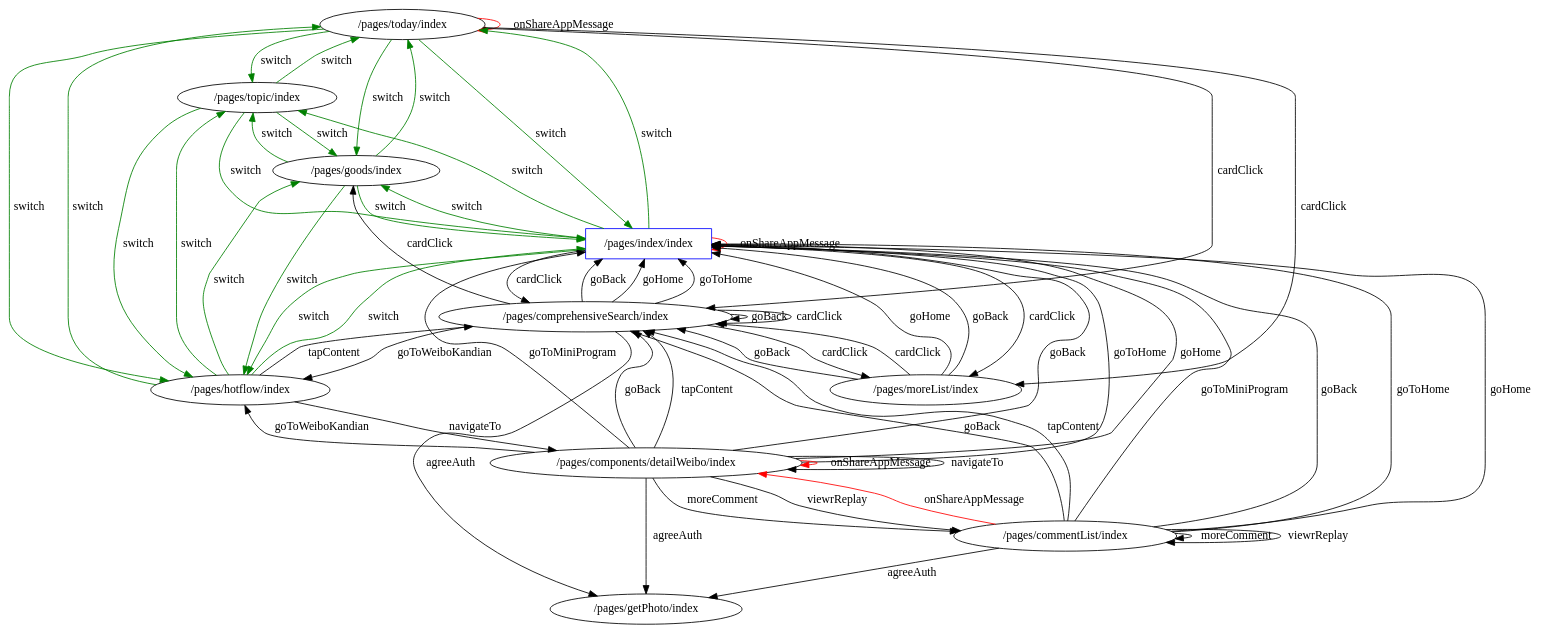
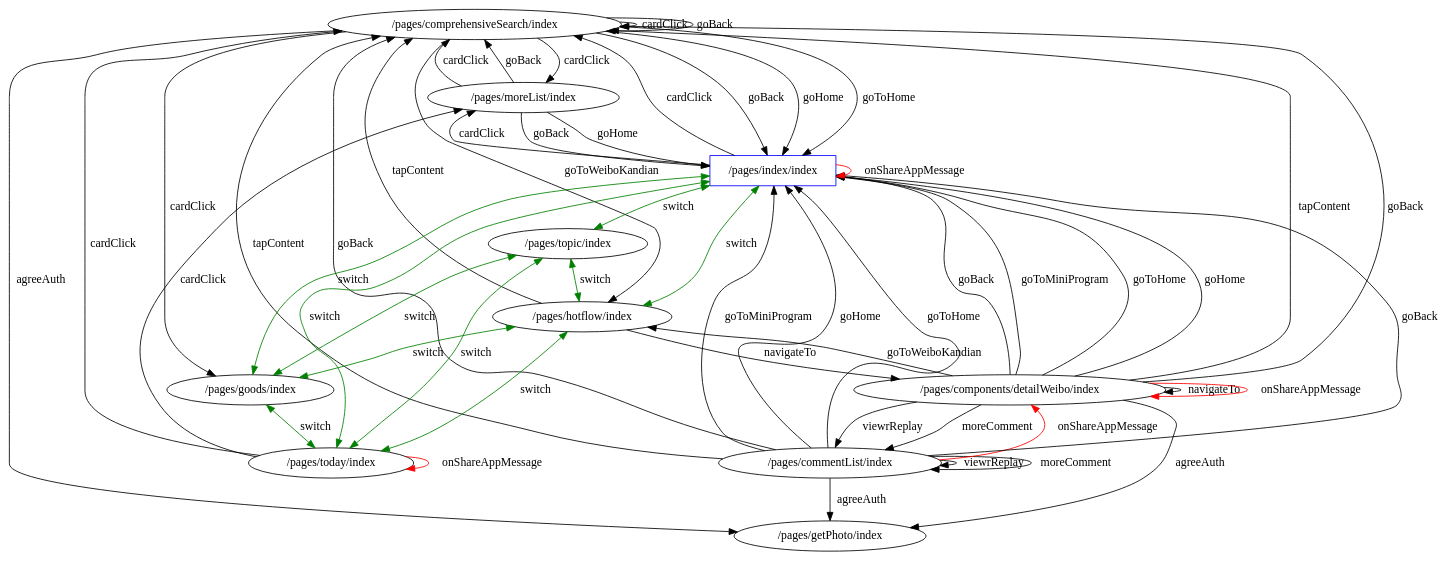
The diagram in graph/wb-table.gv (ppproxy/app-in-app-analysis), drawn with Graphviz before and after one commit. The commit also changed 9 other files, not shown here.

```diff
--- a/graph/wb-table.gv
+++ b/graph/wb-table.gv
@@ -1,76 +1,66 @@
 // UI State Transfer Diagram
 digraph {
+	"/pages/comprehensiveSearch/index" [label="/pages/comprehensiveSearch/index"]
+	"/pages/moreList/index" [label="/pages/moreList/index"]
+	"/pages/commentList/index" [label="/pages/commentList/index"]
+	"/pages/hotflow/index" [label="/pages/hotflow/index"]
+	"/pages/getPhoto/index" [label="/pages/getPhoto/index"]
+	"/pages/topic/index" [label="/pages/topic/index"]
+	"/pages/components/detailWeibo/index" [label="/pages/components/detailWeibo/index"]
+	"/pages/goods/index" [label="/pages/goods/index"]
 	"/pages/today/index" [label="/pages/today/index"]
-	"/pages/commentList/index" [label="/pages/commentList/index"]
-	"/pages/topic/index" [label="/pages/topic/index"]
-	"/pages/hotflow/index" [label="/pages/hotflow/index"]
 	"/pages/index/index" [label="/pages/index/index" color=blue shape=rectangle]
-	"/pages/moreList/index" [label="/pages/moreList/index"]
-	"/pages/getPhoto/index" [label="/pages/getPhoto/index"]
-	"/pages/comprehensiveSearch/index" [label="/pages/comprehensiveSearch/index"]
-	"/pages/goods/index" [label="/pages/goods/index"]
-	"/pages/components/detailWeibo/index" [label="/pages/components/detailWeibo/index"]
-	"/pages/index/index" -> "/pages/topic/index" [label=switch color=green]
-	"/pages/index/index" -> "/pages/hotflow/index" [label=switch color=green]
-	"/pages/index/index" -> "/pages/goods/index" [label=switch color=green]
-	"/pages/index/index" -> "/pages/today/index" [label=switch color=green]
-	"/pages/topic/index" -> "/pages/index/index" [label=switch color=green]
-	"/pages/topic/index" -> "/pages/hotflow/index" [label=switch color=green]
-	"/pages/topic/index" -> "/pages/goods/index" [label=switch color=green]
-	"/pages/topic/index" -> "/pages/today/index" [label=switch color=green]
-	"/pages/hotflow/index" -> "/pages/index/index" [label=switch color=green]
-	"/pages/hotflow/index" -> "/pages/topic/index" [label=switch color=green]
-	"/pages/hotflow/index" -> "/pages/goods/index" [label=switch color=green]
-	"/pages/hotflow/index" -> "/pages/today/index" [label=switch color=green]
-	"/pages/goods/index" -> "/pages/index/index" [label=switch color=green]
-	"/pages/goods/index" -> "/pages/topic/index" [label=switch color=green]
-	"/pages/goods/index" -> "/pages/hotflow/index" [label=switch color=green]
-	"/pages/goods/index" -> "/pages/today/index" [label=switch color=green]
-	"/pages/today/index" -> "/pages/index/index" [label=switch color=green]
-	"/pages/today/index" -> "/pages/topic/index" [label=switch color=green]
-	"/pages/today/index" -> "/pages/hotflow/index" [label=switch color=green]
-	"/pages/today/index" -> "/pages/goods/index" [label=switch color=green]
+	"/pages/index/index" -> "/pages/topic/index" [label=switch color=green dir=both]
+	"/pages/index/index" -> "/pages/hotflow/index" [label=switch color=green dir=both]
+	"/pages/index/index" -> "/pages/goods/index" [label=switch color=green dir=both]
+	"/pages/index/index" -> "/pages/today/index" [label=switch color=green dir=both]
+	"/pages/topic/index" -> "/pages/hotflow/index" [label=switch color=green dir=both]
+	"/pages/topic/index" -> "/pages/goods/index" [label=switch color=green dir=both]
+	"/pages/topic/index" -> "/pages/today/index" [label=switch color=green dir=both]
+	"/pages/hotflow/index" -> "/pages/goods/index" [label=switch color=green dir=both]
+	"/pages/hotflow/index" -> "/pages/today/index" [label=switch color=green dir=both]
+	"/pages/goods/index" -> "/pages/today/index" [label=switch color=green dir=both]
 	"/pages/index/index" -> "/pages/index/index" [label=onShareAppMessage color=red]
+	"/pages/index/index" -> "/pages/comprehensiveSearch/index" [label=cardClick]
 	"/pages/index/index" -> "/pages/moreList/index" [label=cardClick]
-	"/pages/index/index" -> "/pages/comprehensiveSearch/index" [label=cardClick]
+	"/pages/today/index" -> "/pages/comprehensiveSearch/index" [label=cardClick]
 	"/pages/today/index" -> "/pages/today/index" [label=onShareAppMessage color=red]
 	"/pages/today/index" -> "/pages/moreList/index" [label=cardClick]
-	"/pages/today/index" -> "/pages/comprehensiveSearch/index" [label=cardClick]
 	"/pages/hotflow/index" -> "/pages/components/detailWeibo/index" [label=navigateTo]
 	"/pages/hotflow/index" -> "/pages/comprehensiveSearch/index" [label=tapContent]
-	"/pages/comprehensiveSearch/index" -> "/pages/comprehensiveSearch/index" [label=goBack]
-	"/pages/comprehensiveSearch/index" -> "/pages/comprehensiveSearch/index" [label=cardClick]
 	"/pages/comprehensiveSearch/index" -> "/pages/index/index" [label=goBack]
 	"/pages/comprehensiveSearch/index" -> "/pages/index/index" [label=goHome]
+	"/pages/comprehensiveSearch/index" -> "/pages/hotflow/index" [label=goToWeiboKandian]
 	"/pages/comprehensiveSearch/index" -> "/pages/index/index" [label=goToHome]
+	"/pages/comprehensiveSearch/index" -> "/pages/comprehensiveSearch/index" [label=cardClick]
+	"/pages/comprehensiveSearch/index" -> "/pages/comprehensiveSearch/index" [label=goBack]
+	"/pages/comprehensiveSearch/index" -> "/pages/getPhoto/index" [label=agreeAuth]
+	"/pages/comprehensiveSearch/index" -> "/pages/goods/index" [label=cardClick]
 	"/pages/comprehensiveSearch/index" -> "/pages/moreList/index" [label=cardClick]
-	"/pages/comprehensiveSearch/index" -> "/pages/goods/index" [label=cardClick]
-	"/pages/comprehensiveSearch/index" -> "/pages/getPhoto/index" [label=agreeAuth]
-	"/pages/comprehensiveSearch/index" -> "/pages/hotflow/index" [label=goToWeiboKandian]
 	"/pages/components/detailWeibo/index" -> "/pages/index/index" [label=goBack]
+	"/pages/components/detailWeibo/index" -> "/pages/index/index" [label=goToMiniProgram]
 	"/pages/components/detailWeibo/index" -> "/pages/getPhoto/index" [label=agreeAuth]
+	"/pages/components/detailWeibo/index" -> "/pages/components/detailWeibo/index" [label=navigateTo]
 	"/pages/components/detailWeibo/index" -> "/pages/index/index" [label=goToHome]
 	"/pages/components/detailWeibo/index" -> "/pages/components/detailWeibo/index" [label=onShareAppMessage color=red]
-	"/pages/components/detailWeibo/index" -> "/pages/hotflow/index" [label=goToWeiboKandian]
+	"/pages/components/detailWeibo/index" -> "/pages/commentList/index" [label=moreComment]
+	"/pages/components/detailWeibo/index" -> "/pages/comprehensiveSearch/index" [label=goBack]
 	"/pages/components/detailWeibo/index" -> "/pages/commentList/index" [label=viewrReplay]
-	"/pages/components/detailWeibo/index" -> "/pages/comprehensiveSearch/index" [label=goBack]
 	"/pages/components/detailWeibo/index" -> "/pages/comprehensiveSearch/index" [label=tapContent]
 	"/pages/components/detailWeibo/index" -> "/pages/index/index" [label=goHome]
-	"/pages/components/detailWeibo/index" -> "/pages/index/index" [label=goToMiniProgram]
-	"/pages/components/detailWeibo/index" -> "/pages/commentList/index" [label=moreComment]
-	"/pages/components/detailWeibo/index" -> "/pages/components/detailWeibo/index" [label=navigateTo]
+	"/pages/components/detailWeibo/index" -> "/pages/hotflow/index" [label=goToWeiboKandian]
+	"/pages/commentList/index" -> "/pages/index/index" [label=goBack]
+	"/pages/commentList/index" -> "/pages/comprehensiveSearch/index" [label=tapContent]
 	"/pages/commentList/index" -> "/pages/index/index" [label=goToMiniProgram]
+	"/pages/commentList/index" -> "/pages/index/index" [label=goHome]
+	"/pages/commentList/index" -> "/pages/index/index" [label=goToHome]
+	"/pages/commentList/index" -> "/pages/getPhoto/index" [label=agreeAuth]
+	"/pages/commentList/index" -> "/pages/components/detailWeibo/index" [label=onShareAppMessage color=red]
+	"/pages/commentList/index" -> "/pages/commentList/index" [label=viewrReplay]
+	"/pages/commentList/index" -> "/pages/commentList/index" [label=moreComment]
 	"/pages/commentList/index" -> "/pages/comprehensiveSearch/index" [label=goBack]
-	"/pages/commentList/index" -> "/pages/commentList/index" [label=moreComment]
-	"/pages/commentList/index" -> "/pages/index/index" [label=goBack]
-	"/pages/commentList/index" -> "/pages/index/index" [label=goToHome]
-	"/pages/commentList/index" -> "/pages/comprehensiveSearch/index" [label=tapContent]
-	"/pages/commentList/index" -> "/pages/index/index" [label=goHome]
-	"/pages/commentList/index" -> "/pages/components/detailWeibo/index" [label=onShareAppMessage color=red]
-	"/pages/commentList/index" -> "/pages/getPhoto/index" [label=agreeAuth]
-	"/pages/commentList/index" -> "/pages/commentList/index" [label=viewrReplay]
+	"/pages/moreList/index" -> "/pages/index/index" [label=goBack]
+	"/pages/moreList/index" -> "/pages/index/index" [label=goHome]
 	"/pages/moreList/index" -> "/pages/comprehensiveSearch/index" [label=cardClick]
-	"/pages/moreList/index" -> "/pages/index/index" [label=goHome]
-	"/pages/moreList/index" -> "/pages/index/index" [label=goBack]
 	"/pages/moreList/index" -> "/pages/comprehensiveSearch/index" [label=goBack]
 }
```
